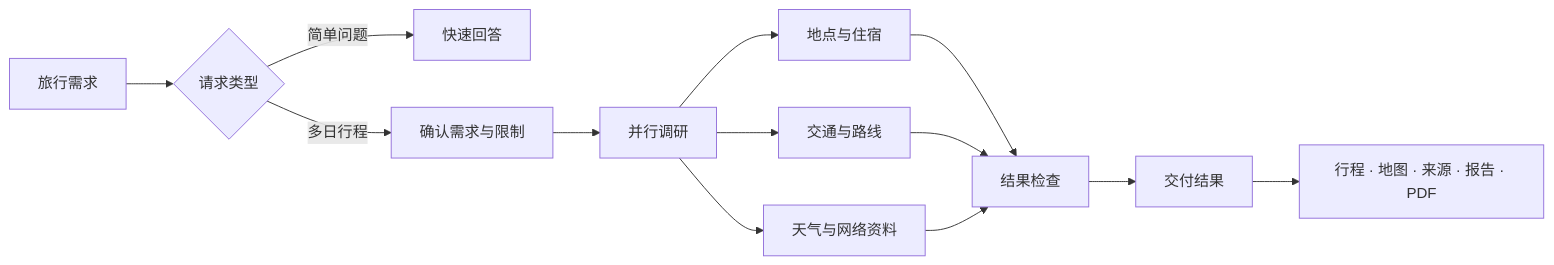
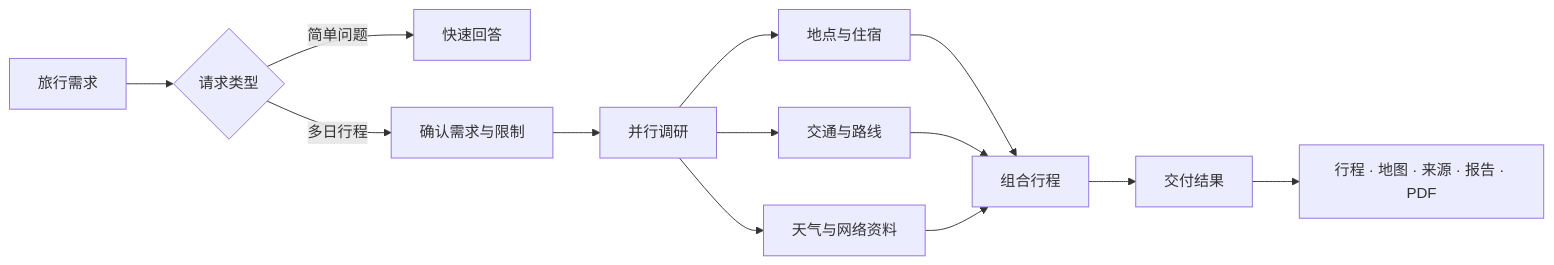
One commit to Lagom-TA/JourneyPilot changed the diagram in README.zh-CN.md. Above: the diagram before and after it, drawn with Mermaid. The commit also changed other lines of this file and 20 other files, not shown here.

First line of the commit message:
docs: rebuild the architecture documents around the current generation chain (#28)

````diff
--- a/README.zh-CN.md
+++ b/README.zh-CN.md
@@ -196,15 +196,15 @@
 ```mermaid
 flowchart LR
     Brief["旅行需求"] --> Route{"请求类型"}
     Route -->|简单问题| Fast["快速回答"]
     Route -->|多日行程| Clarify["确认需求与限制"]
     Clarify --> Research["并行调研"]
     Research --> Places["地点与住宿"]
     Research --> Transport["交通与路线"]
     Research --> Context["天气与网络资料"]
-    Places --> Checks["结果检查"]
-    Transport --> Checks
-    Context --> Checks
-    Checks --> Delivery["交付结果"]
+    Places --> Compose["组合行程"]
+    Transport --> Compose
+    Context --> Compose
+    Compose --> Delivery["交付结果"]
     Delivery --> Workspace["行程 · 地图 · 来源 · 报告 · PDF"]
 ```
````
